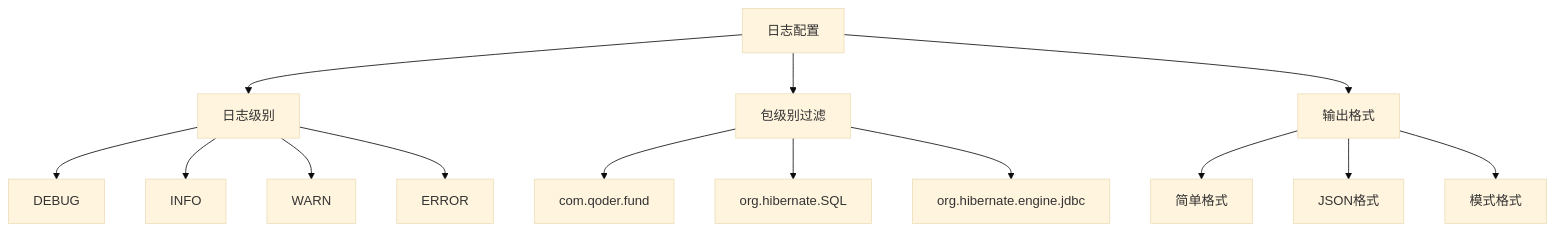
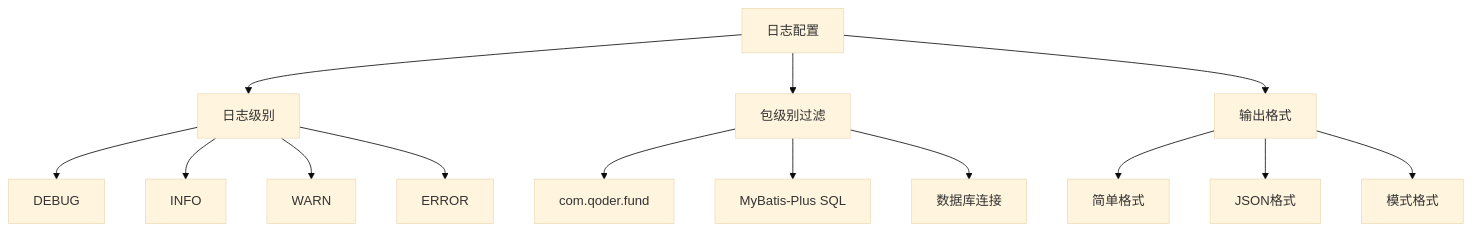
Before and after one commit to gree-coder/fund-butler: the ninth of 9 diagrams in .qoder/repowiki/zh/content/核心功能开发/数据库集成.md, drawn with Mermaid (base theme). The commit also changed other lines of this file and 10 other files, not shown here.

````diff
--- a/.qoder/repowiki/zh/content/核心功能开发/数据库集成.md
+++ b/.qoder/repowiki/zh/content/核心功能开发/数据库集成.md
@@ -433,16 +492,16 @@
 ```mermaid
 flowchart TD
 LOG[日志配置] --> LEVEL[日志级别]
 LOG --> CATEGORY[包级别过滤]
 LOG --> FORMAT[输出格式]
 LEVEL --> DEBUG[DEBUG]
 LEVEL --> INFO[INFO]
 LEVEL --> WARN[WARN]
 LEVEL --> ERROR[ERROR]
 CATEGORY --> APP[com.qoder.fund]
-CATEGORY --> DATA[org.hibernate.SQL]
-CATEGORY --> JDBC[org.hibernate.engine.jdbc]
+CATEGORY --> DATA[MyBatis-Plus SQL]
+CATEGORY --> JDBC[数据库连接]
 FORMAT --> SIMPLE[简单格式]
 FORMAT --> JSON[JSON格式]
 FORMAT --> PATTERN[模式格式]
 ```
````
